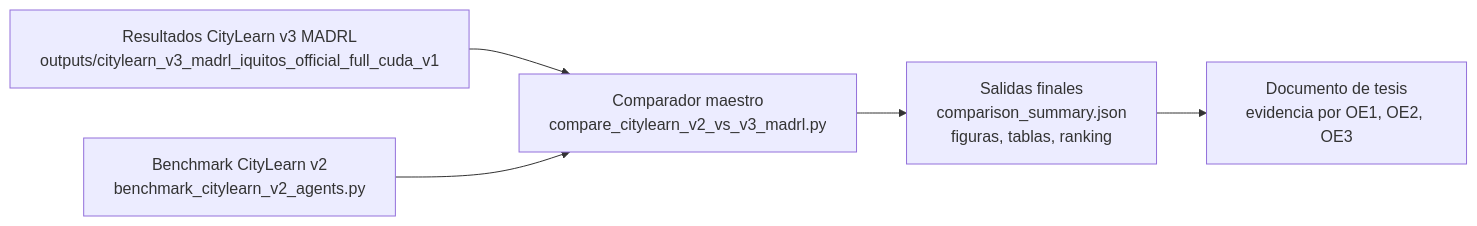
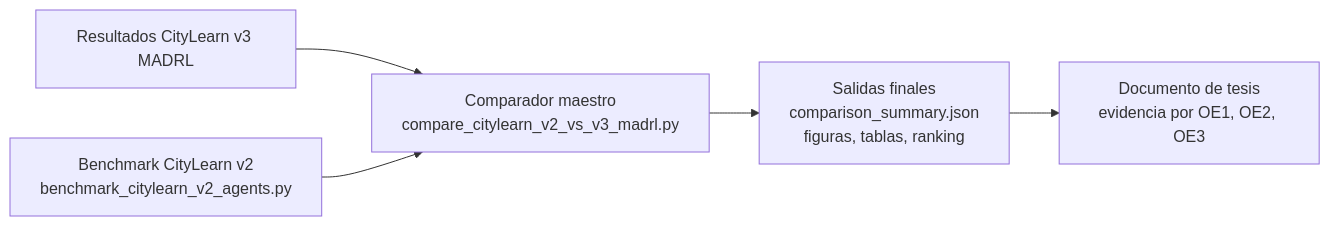
Before and after one commit to Mac-Tapia/MADRLCitytleranflexresdr: the sixth of 7 diagrams in docs/ARQUITECTURA_Y_FLUJO_TRABAJO_CITYLEARN_V3_MADRL.md, drawn with Mermaid. The commit also changed other lines of this file and 71 other files, not shown here.

````diff
--- a/docs/ARQUITECTURA_Y_FLUJO_TRABAJO_CITYLEARN_V3_MADRL.md
+++ b/docs/ARQUITECTURA_Y_FLUJO_TRABAJO_CITYLEARN_V3_MADRL.md
@@ -396,12 +399,12 @@
 ```mermaid
 flowchart LR
-    V3["Resultados CityLearn v3 MADRL<br/>outputs/citylearn_v3_madrl_iquitos_official_full_cuda_v1"]
+    V3["Resultados CityLearn v3 MADRL<br/><OutputRoot>"]
     V2["Benchmark CityLearn v2<br/>benchmark_citylearn_v2_agents.py"]
     CMP["Comparador maestro<br/>compare_citylearn_v2_vs_v3_madrl.py"]
     REP["Salidas finales<br/>comparison_summary.json<br/>figuras, tablas, ranking"]
     TESIS["Documento de tesis<br/>evidencia por OE1, OE2, OE3"]
 
     V3 --> CMP
     V2 --> CMP
     CMP --> REP --> TESIS
 ```
````
